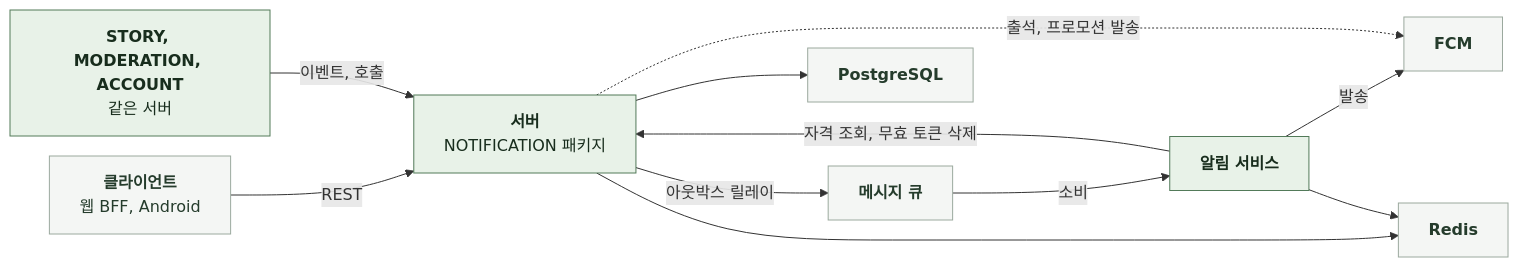
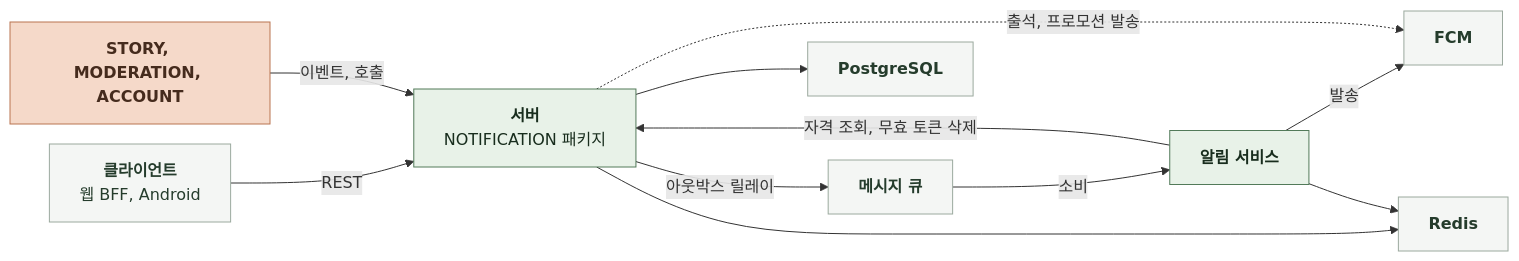
Before and after one commit to KIM-N-KANG/knk-harness: the diagram in docs/domain/NOTIFICATION/BACKEND/3-1-SOFTWARE-ARCHITECTURE.md, drawn with Mermaid.

Commit message:
[KNK-1679] Docs: 알림 3-1 개요 그림의 다른 도메인 색 정정

````diff
--- a/docs/domain/NOTIFICATION/BACKEND/3-1-SOFTWARE-ARCHITECTURE.md
+++ b/docs/domain/NOTIFICATION/BACKEND/3-1-SOFTWARE-ARCHITECTURE.md
@@ -22,21 +22,22 @@
 ```mermaid
 %%{init: {"flowchart": {"curve": "basis", "nodeSpacing": 20, "rankSpacing": 60}}}%%
 flowchart LR
     C["`**클라이언트**
 웹 BFF, Android`"] -->|REST| S["`**서버**
 NOTIFICATION 패키지`"]
-    O["`**STORY, MODERATION, ACCOUNT**
-같은 서버`"] -->|이벤트, 호출| S
+    O["`**STORY, MODERATION, ACCOUNT**`"] -->|이벤트, 호출| S
     S -->|아웃박스 릴레이| Q["`**메시지 큐**`"]
     Q -->|소비| N["`**알림 서비스**`"]
     N -->|자격 조회, 무효 토큰 삭제| S
     N -->|발송| F["`**FCM**`"]
     S -.->|출석, 프로모션 발송| F
     S --> DB["`**PostgreSQL**`"]
     S --> R["`**Redis**`"]
     N --> R
     classDef ext fill:#F4F6F4,stroke:#9BA99E,color:#253C2C
     classDef comp fill:#E8F2E8,stroke:#527A59,color:#182D1D
+    classDef task fill:#F5D9C9,stroke:#B97450,color:#452B1D
     class C,Q,F,DB,R ext
-    class S,N,O comp
+    class S,N comp
+    class O task
 ```
````
